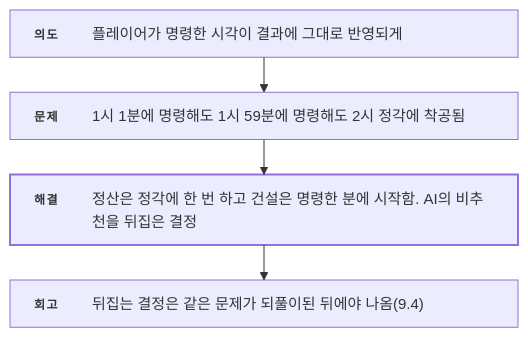
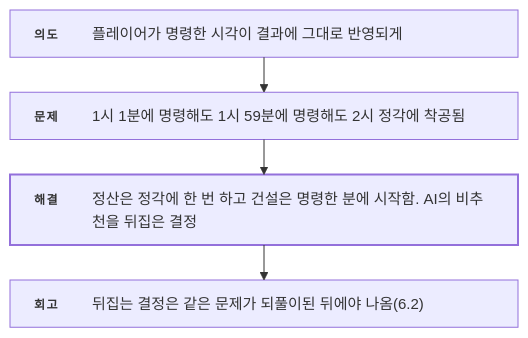
Before and after one commit to ashadeveloperr/ashadeveloperr.github.io: the eighth of 12 diagrams in src/3-desert-settlement/기술문서.md, drawn with Mermaid. The commit also changed other lines of this file and 2 other files, not shown here.

````diff
--- a/src/3-desert-settlement/기술문서.md
+++ b/src/3-desert-settlement/기술문서.md
@@ -352,18 +388,18 @@
 ```mermaid
 ---
 config:
   layout: elk
   flowchart:
     wrappingWidth: 520
     padding: 12
 ---
 flowchart TB
   %% feature-flow — _local/flow-diagrams.py가 만듦
   I["<div style='width:460px;display:flex;gap:14px;align-items:baseline;text-align:left;white-space:normal'><span style='flex:0 0 44px;padding-top:2px;font-size:12px;font-weight:700;letter-spacing:.12em;color:var(--accent-ink)'>의도</span><span style='flex:1;font-size:15px;line-height:1.55;color:var(--ink)'>플레이어가 명령한 시각이 결과에 그대로 반영되게</span></div>"]
   P["<div style='width:460px;display:flex;gap:14px;align-items:baseline;text-align:left;white-space:normal'><span style='flex:0 0 44px;padding-top:2px;font-size:12px;font-weight:700;letter-spacing:.12em;color:var(--accent-ink)'>문제</span><span style='flex:1;font-size:15px;line-height:1.55;color:var(--ink)'>1시 1분에 명령해도 1시 59분에 명령해도 2시 정각에 착공됨</span></div>"]
   S["<div style='width:460px;display:flex;gap:14px;align-items:baseline;text-align:left;white-space:normal'><span style='flex:0 0 44px;padding-top:2px;font-size:12px;font-weight:700;letter-spacing:.12em;color:var(--accent-ink)'>해결</span><span style='flex:1;font-size:15px;line-height:1.55;color:var(--ink)'>정산은 정각에 한 번 하고 건설은 명령한 분에 시작함. AI의 비추천을 뒤집은 결정</span></div>"]
-  R["<div style='width:460px;display:flex;gap:14px;align-items:baseline;text-align:left;white-space:normal'><span style='flex:0 0 44px;padding-top:2px;font-size:12px;font-weight:700;letter-spacing:.12em;color:var(--accent-ink)'>회고</span><span style='flex:1;font-size:15px;line-height:1.55;color:var(--ink)'>뒤집는 결정은 같은 문제가 되풀이된 뒤에야 나옴(9.4)</span></div>"]
+  R["<div style='width:460px;display:flex;gap:14px;align-items:baseline;text-align:left;white-space:normal'><span style='flex:0 0 44px;padding-top:2px;font-size:12px;font-weight:700;letter-spacing:.12em;color:var(--accent-ink)'>회고</span><span style='flex:1;font-size:15px;line-height:1.55;color:var(--ink)'>뒤집는 결정은 같은 문제가 되풀이된 뒤에야 나옴(6.2)</span></div>"]
   I --> P --> S --> R
   classDef key stroke-width:2px
   class S key
 ```
````
